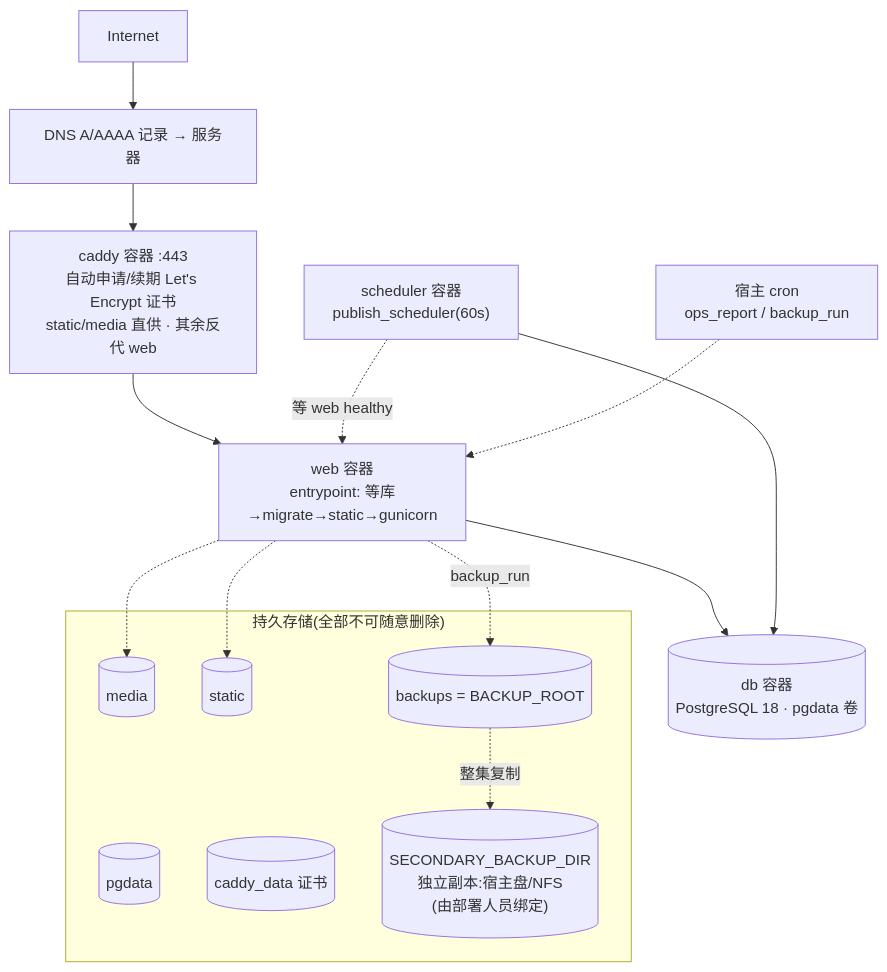
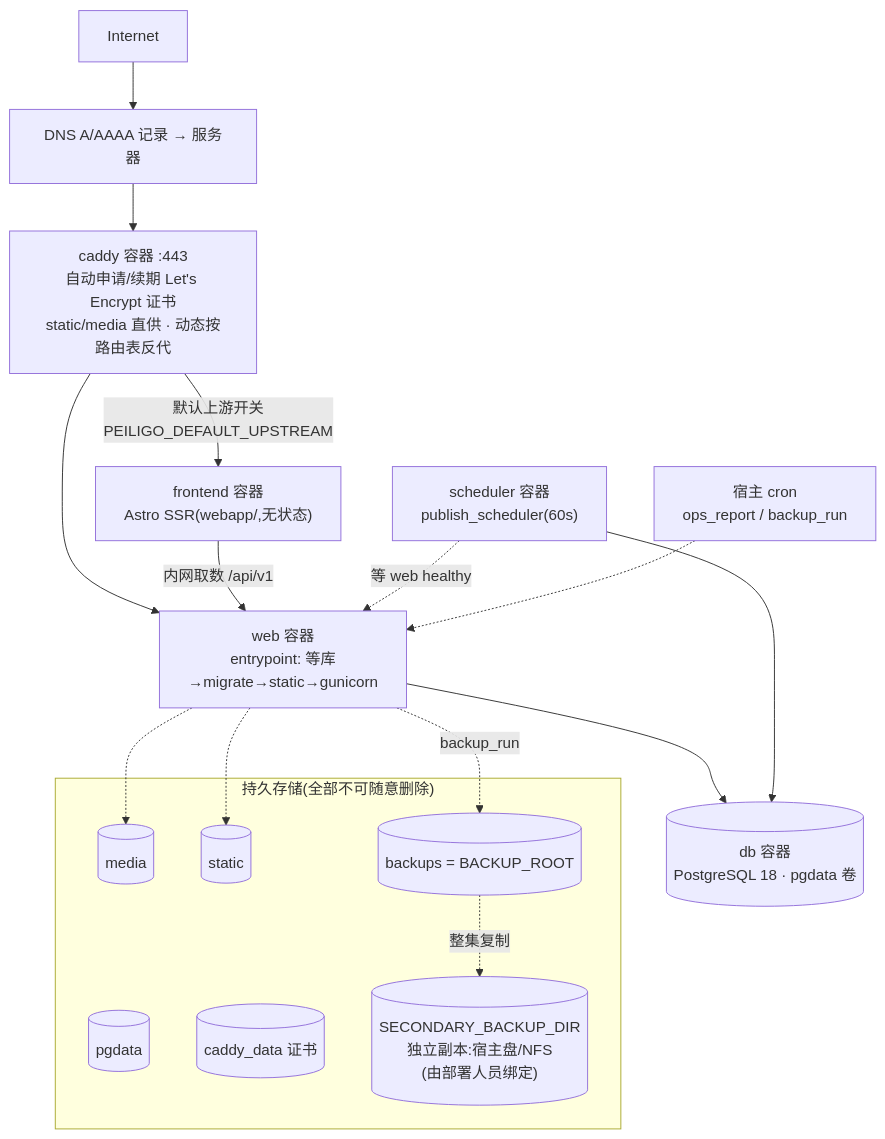
Before and after one commit to luehunnie/peiligo: the diagram in docs/guides/SERVER_DEPLOYMENT_GUIDE.md, drawn with Mermaid. The commit also changed other lines of this file and 5 other files, not shown here.

````diff
--- a/docs/guides/SERVER_DEPLOYMENT_GUIDE.md
+++ b/docs/guides/SERVER_DEPLOYMENT_GUIDE.md
@@ -28,22 +28,24 @@
 ```mermaid
 flowchart TB
     NET["Internet"] --> DNS["DNS A/AAAA 记录 → 服务器"]
-    DNS --> CADDY["caddy 容器 :443<br/>自动申请/续期 Let's Encrypt 证书<br/>static/media 直供 · 其余反代 web"]
+    DNS --> CADDY["caddy 容器 :443<br/>自动申请/续期 Let's Encrypt 证书<br/>static/media 直供 · 动态按路由表反代"]
     CADDY --> WEB["web 容器<br/>entrypoint: 等库→migrate→static→gunicorn"]
+    CADDY -->|"默认上游开关<br/>PEILIGO_DEFAULT_UPSTREAM"| FE["frontend 容器<br/>Astro SSR(webapp/,无状态)"]
+    FE -->|内网取数 /api/v1| WEB
     WEB --> DB[("db 容器<br/>PostgreSQL 18 · pgdata 卷")]
     SCH["scheduler 容器<br/>publish_scheduler(60s)"] --> DB
     SCH -.->|等 web healthy| WEB
     subgraph PERSIST ["持久存储(全部不可随意删除)"]
         V1[("pgdata")]
         V2[("media")]
         V3[("static")]
         V4[("backups = BACKUP_ROOT")]
         V5[("caddy_data 证书")]
         EXT[("SECONDARY_BACKUP_DIR<br/>独立副本:宿主盘/NFS<br/>(由部署人员绑定)")]
     end
     WEB -.-> V2
     WEB -.-> V3
     WEB -.->|backup_run| V4
     V4 -.->|整集复制| EXT
     MON["宿主 cron<br/>ops_report / backup_run"] -.-> WEB
 ```
````
